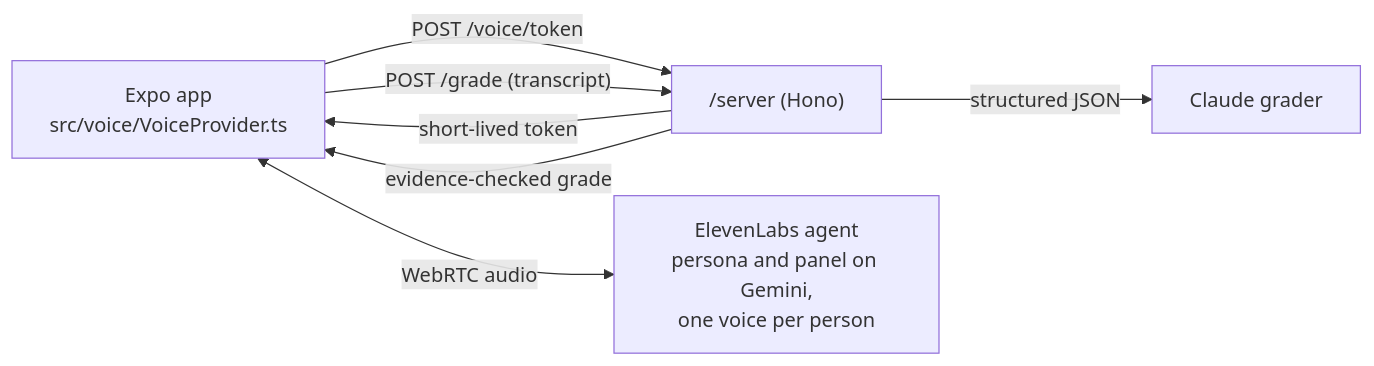
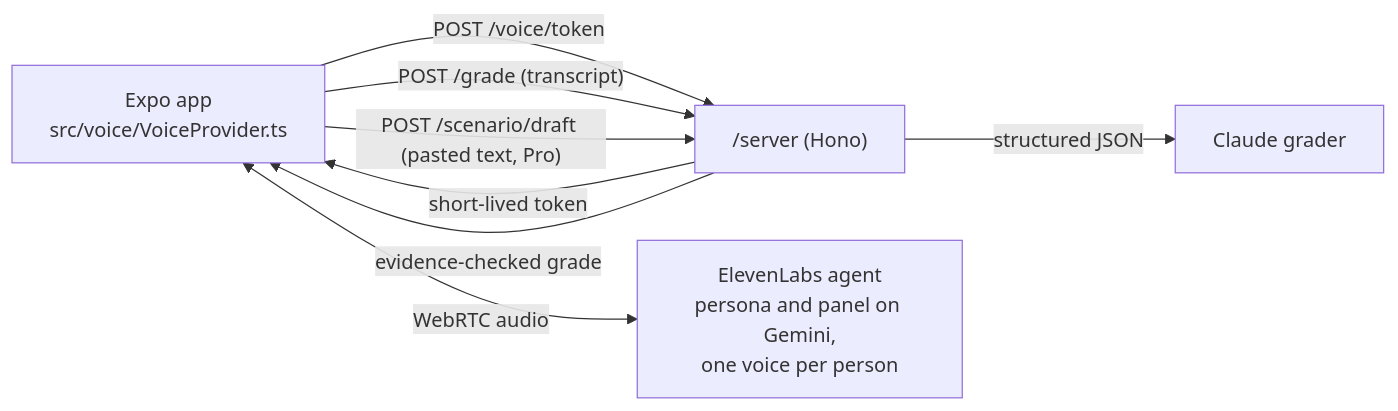
Before and after one commit to Prashant-thakur77/HardTalk: the diagram in README.md, drawn with Mermaid. The commit also changed other lines of this file and 28 other files, not shown here.

````diff
--- a/README.md
+++ b/README.md
@@ -45,9 +46,10 @@
 ```mermaid
 flowchart LR
   App["Expo app<br/>src/voice/VoiceProvider.ts"] -- "POST /voice/token" --> Server["/server (Hono)"]
   Server -- "short-lived token" --> App
   App <-- "WebRTC audio" --> Persona["ElevenLabs agent<br/>persona and panel on Gemini,<br/>one voice per person"]
   App -- "POST /grade (transcript)" --> Server
+  App -- "POST /scenario/draft (pasted text, Pro)" --> Server
   Server -- "structured JSON" --> Grader["Claude grader"]
   Server -- "evidence-checked grade" --> App
 ```
````
